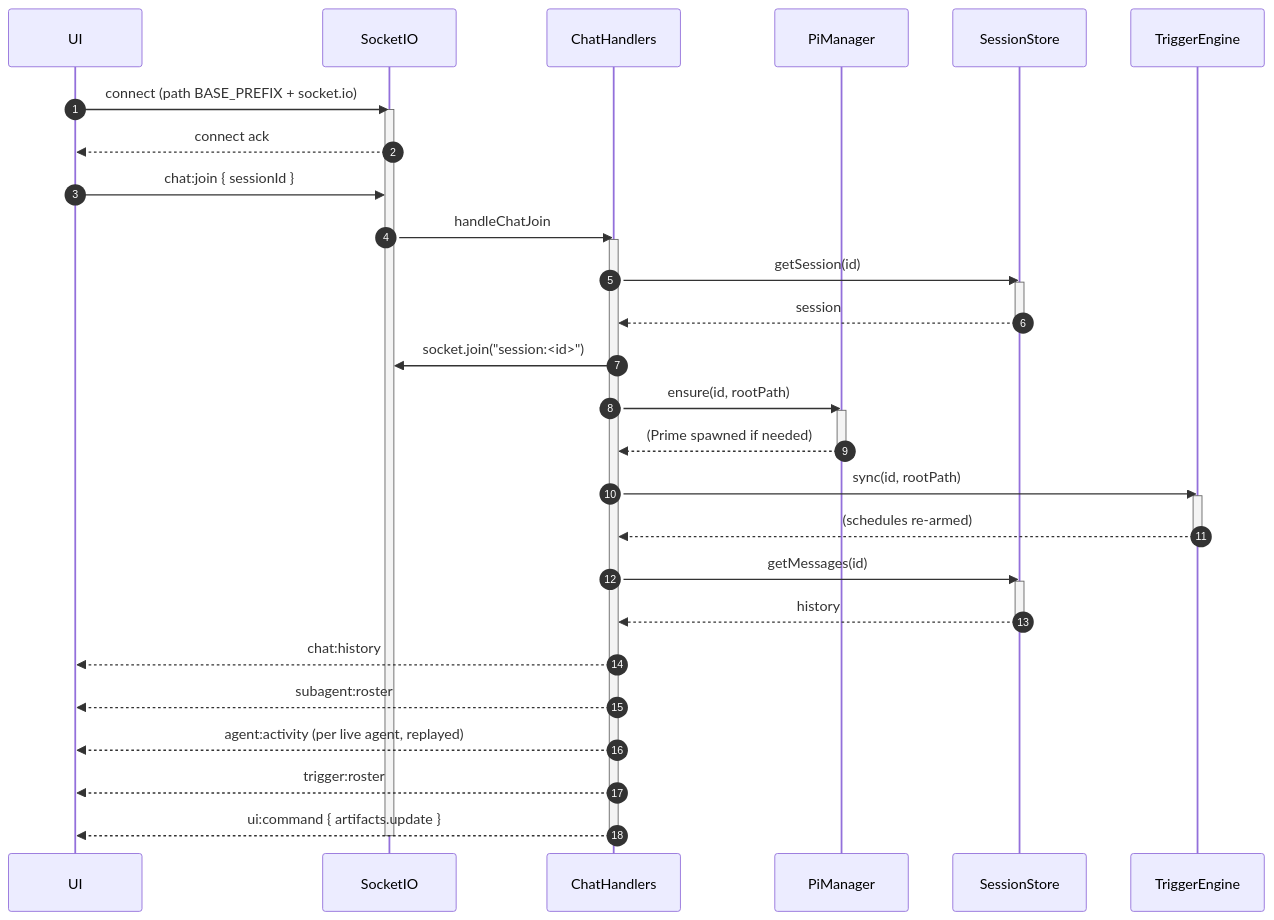
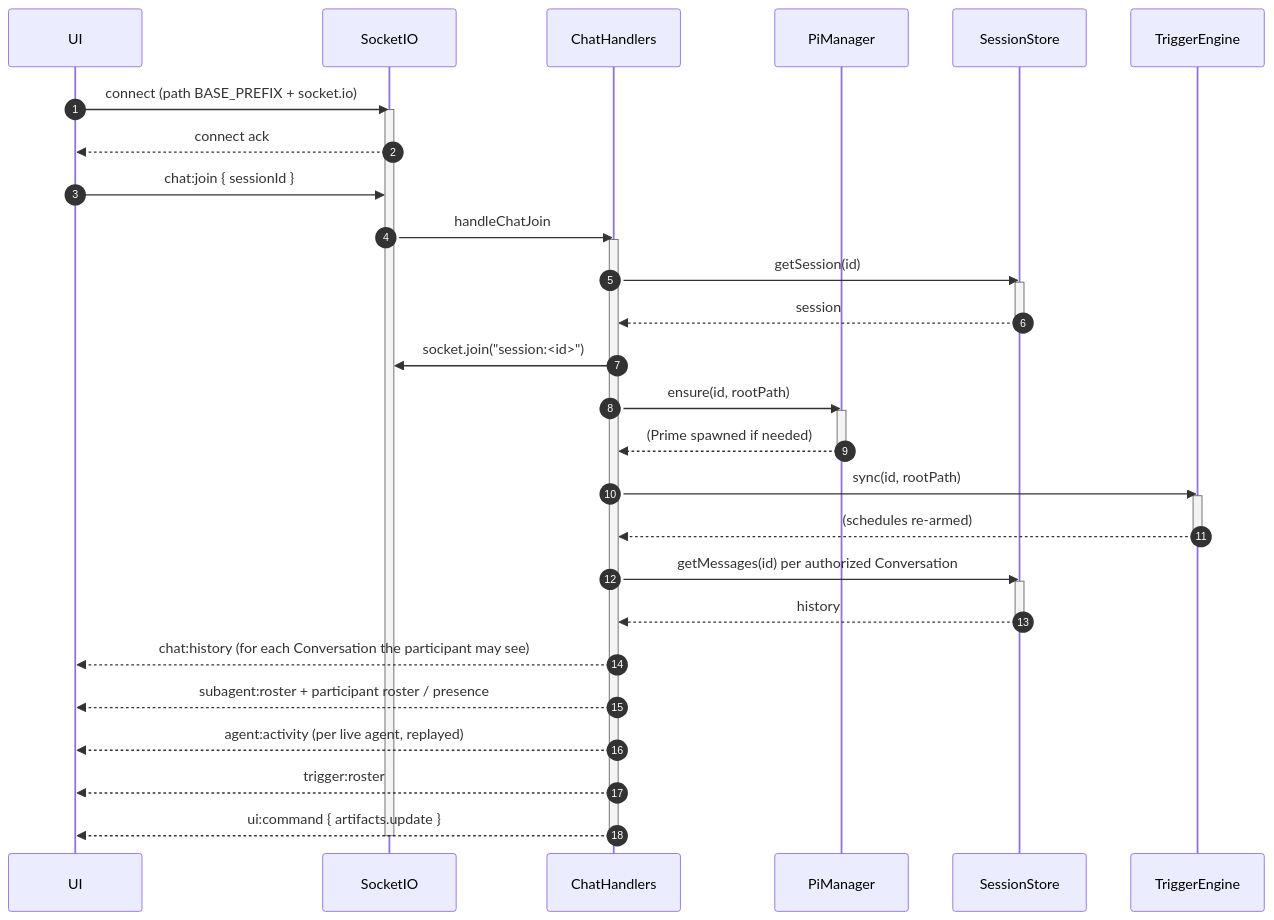
Before and after one commit to TangleML/tangent-shell: the first of 5 diagrams in docs/server/ui-server-protocol.md, drawn with Mermaid. The commit also changed other lines of this file and 16 other files, not shown here.

````diff
--- a/docs/server/ui-server-protocol.md
+++ b/docs/server/ui-server-protocol.md
@@ -125,41 +158,41 @@
 ```mermaid
 sequenceDiagram
   autonumber
   participant UI
   participant Socket as SocketIO
   participant Handlers as ChatHandlers
   participant PiManager
   participant Store as SessionStore
   participant TE as TriggerEngine
 
   UI->>Socket: connect (path BASE_PREFIX + socket.io)
   activate Socket
   Socket-->>UI: connect ack
   UI->>Socket: chat:join { sessionId }
   Socket->>Handlers: handleChatJoin
   activate Handlers
   Handlers->>Store: getSession(id)
   activate Store
   Store-->>Handlers: session
   deactivate Store
   Handlers->>Socket: socket.join("session:<id>")
   Handlers->>PiManager: ensure(id, rootPath)
   activate PiManager
   PiManager-->>Handlers: (Prime spawned if needed)
   deactivate PiManager
   Handlers->>TE: sync(id, rootPath)
   activate TE
   TE-->>Handlers: (schedules re-armed)
   deactivate TE
-  Handlers->>Store: getMessages(id)
+  Handlers->>Store: getMessages(id) per authorized Conversation
   activate Store
   Store-->>Handlers: history
   deactivate Store
-  Handlers-->>UI: chat:history
-  Handlers-->>UI: subagent:roster
+  Handlers-->>UI: chat:history (for each Conversation the participant may see)
+  Handlers-->>UI: subagent:roster + participant roster / presence
   Handlers-->>UI: agent:activity (per live agent, replayed)
   Handlers-->>UI: trigger:roster
   Handlers-->>UI: ui:command { artifacts.update }
   deactivate Handlers
   deactivate Socket
 ```
````
